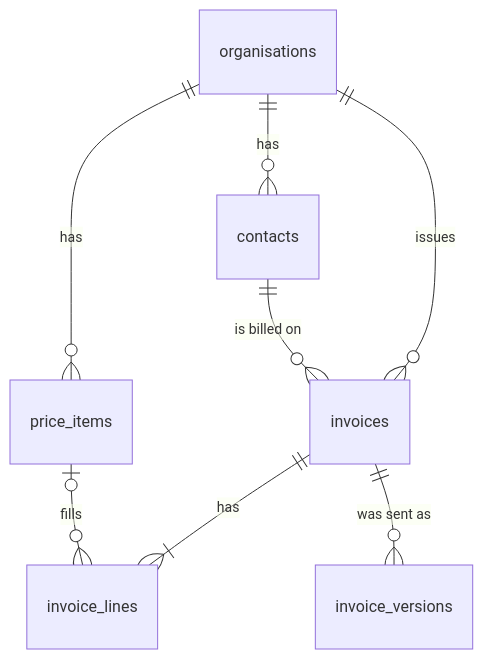
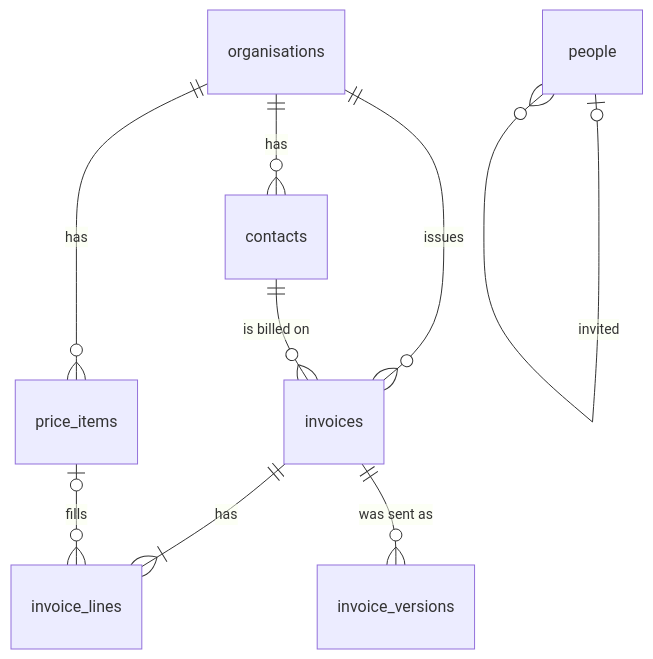
The diagram in docs/DATA_MODEL.md (arcforgelabs/flow), drawn with Mermaid before and after one commit. The commit also changed other lines of this file and 22 other files, not shown here.

First line of the commit message:
feat: sign in through Clerk with roles kept in Flow

````diff
--- a/docs/DATA_MODEL.md
+++ b/docs/DATA_MODEL.md
@@ -7,10 +7,11 @@
 ```mermaid
 erDiagram
   organisations ||--o{ contacts : has
   organisations ||--o{ price_items : has
   organisations ||--o{ invoices : issues
   contacts ||--o{ invoices : "is billed on"
   invoices ||--|{ invoice_lines : has
   price_items |o--o{ invoice_lines : "fills"
   invoices ||--o{ invoice_versions : "was sent as"
+  people |o--o{ people : "invited"
 ```
````
